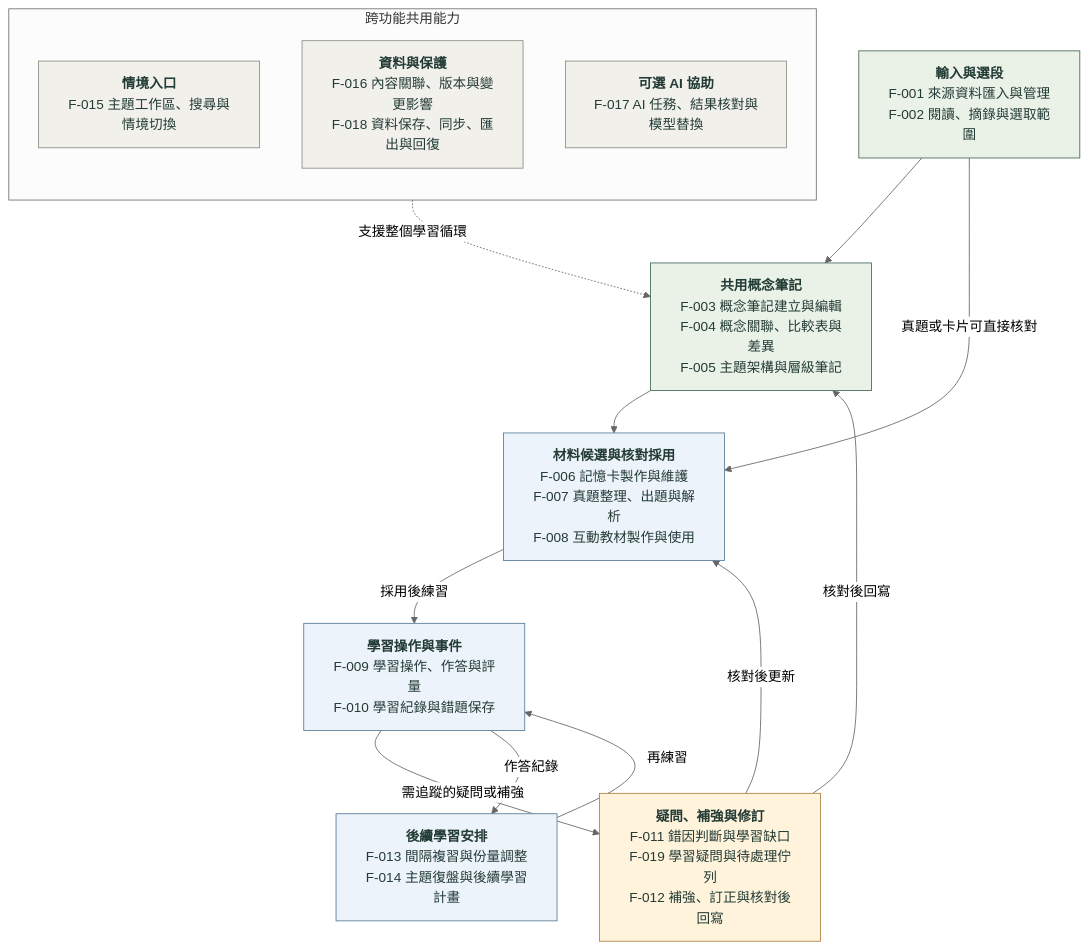
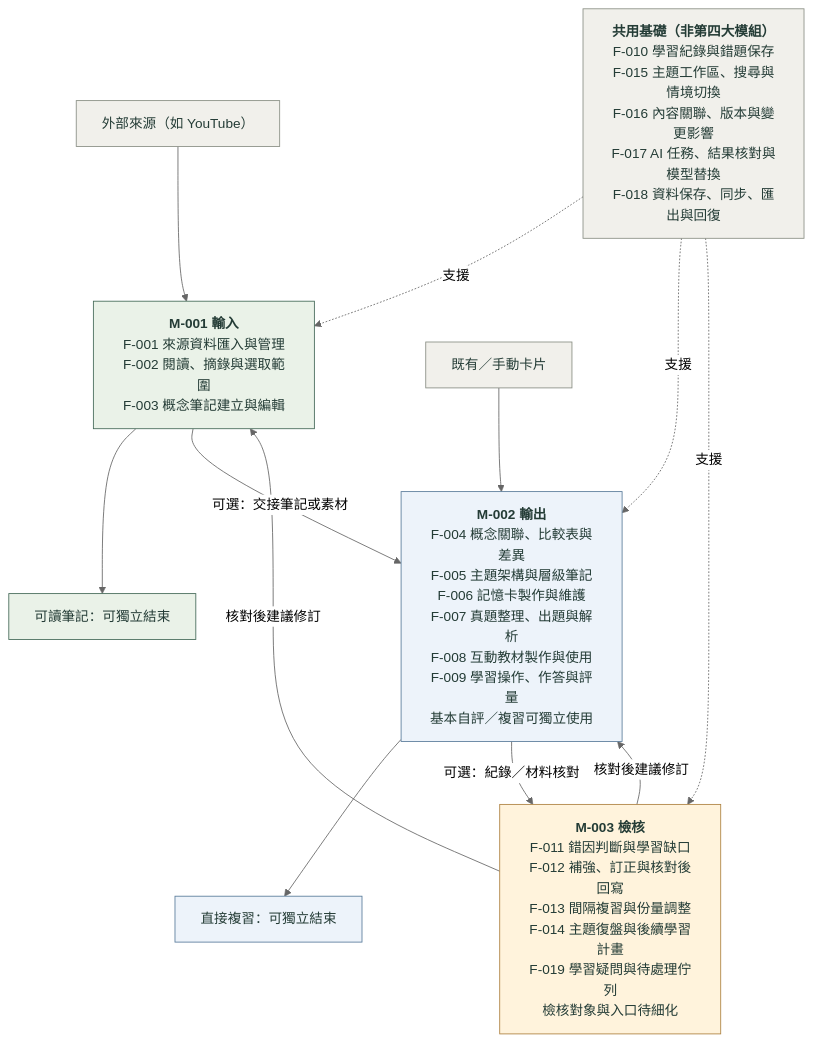
The diagram in docs/diagrams/functions.md (kuohappiness/Essence-Cards), drawn with Mermaid (neutral theme) before and after one commit. The commit also changed other lines of this file and 25 other files, not shown here.

````diff
--- a/docs/diagrams/functions.md
+++ b/docs/diagrams/functions.md
@@ -9,53 +11,52 @@
 ```mermaid
 flowchart TD
-  %% 自動產生；名稱來自功能目錄，分區與箭頭由設計者核對。
-  source["`**輸入與選段**
+  %% 自動產生；名稱來自功能目錄，責任候選映射與箭頭由設計者核對。
+  input["`**M-001 輸入**
 F-001 來源資料匯入與管理
-F-002 閱讀、摘錄與選取範圍`"]
-  concept["`**共用概念筆記**
-F-003 概念筆記建立與編輯
+F-002 閱讀、摘錄與選取範圍
+F-003 概念筆記建立與編輯`"]
+  output["`**M-002 輸出**
 F-004 概念關聯、比較表與差異
-F-005 主題架構與層級筆記`"]
-  material["`**材料候選與核對採用**
+F-005 主題架構與層級筆記
 F-006 記憶卡製作與維護
 F-007 真題整理、出題與解析
-F-008 互動教材製作與使用`"]
-  study["`**學習操作與事件**
+F-008 互動教材製作與使用
 F-009 學習操作、作答與評量
-F-010 學習紀錄與錯題保存`"]
-  feedback["`**疑問、補強與修訂**
+基本自評／複習可獨立使用`"]
+  check["`**M-003 檢核**
 F-011 錯因判斷與學習缺口
+F-012 補強、訂正與核對後回寫
+F-013 間隔複習與份量調整
+F-014 主題復盤與後續學習計畫
 F-019 學習疑問與待處理佇列
-F-012 補強、訂正與核對後回寫`"]
-  plan["`**後續學習安排**
-F-013 間隔複習與份量調整
-F-014 主題復盤與後續學習計畫`"]
-  source --> concept
-  source -->|真題或卡片可直接核對| material
-  concept --> material
-  material -->|採用後練習| study
-  study -->|需追蹤的疑問或補強| feedback
-  study -->|作答紀錄| plan
-  feedback -->|核對後回寫| concept
-  feedback -->|核對後更新| material
-  plan -->|再練習| study
-  subgraph shared["跨功能共用能力"]
-    direction TB
-    workspace["`**情境入口**
-F-015 主題工作區、搜尋與情境切換`"]
-    trace["`**資料與保護**
+檢核對象與入口待細化`"]
+  shared["`**共用基礎（非第四大模組）**
+F-010 學習紀錄與錯題保存
+F-015 主題工作區、搜尋與情境切換
 F-016 內容關聯、版本與變更影響
+F-017 AI 任務、結果核對與模型替換
 F-018 資料保存、同步、匯出與回復`"]
-    ai["`**可選 AI 協助**
-F-017 AI 任務、結果核對與模型替換`"]
-  end
-  shared -.->|支援整個學習循環| concept
+  sources["外部來源（如 YouTube）"]
+  notes["可讀筆記：可獨立結束"]
+  cards["既有／手動卡片"]
+  review["直接複習：可獨立結束"]
+  sources --> input
+  input --> notes
+  cards --> output
+  output --> review
+  input -->|可選：交接筆記或素材| output
+  output -->|可選：紀錄／材料核對| check
+  check -->|核對後建議修訂| input
+  check -->|核對後建議修訂| output
+  shared -.->|支援| input
+  shared -.->|支援| output
+  shared -.->|支援| check
   classDef knowledge fill:#eaf2e8,stroke:#446957,color:#243c36
   classDef learning fill:#edf3fa,stroke:#597b9a,color:#243c36
   classDef revision fill:#fff3dc,stroke:#ad8140,color:#243c36
   classDef support fill:#f1f0eb,stroke:#898e84,color:#243c36
-  class source,concept knowledge
-  class material,study,plan learning
-  class feedback revision
-  class workspace,trace,ai support
+  class input,notes knowledge
+  class output,review learning
+  class check revision
+  class shared,sources,cards support
 ```
````
